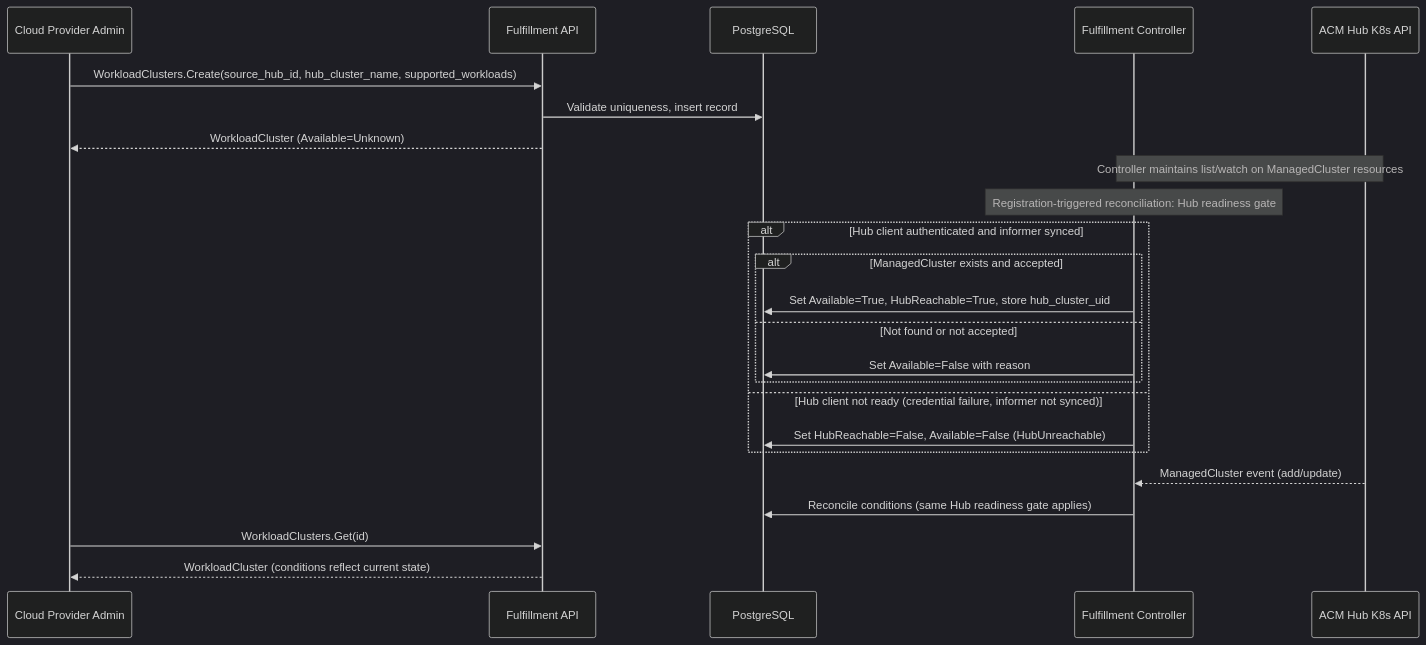
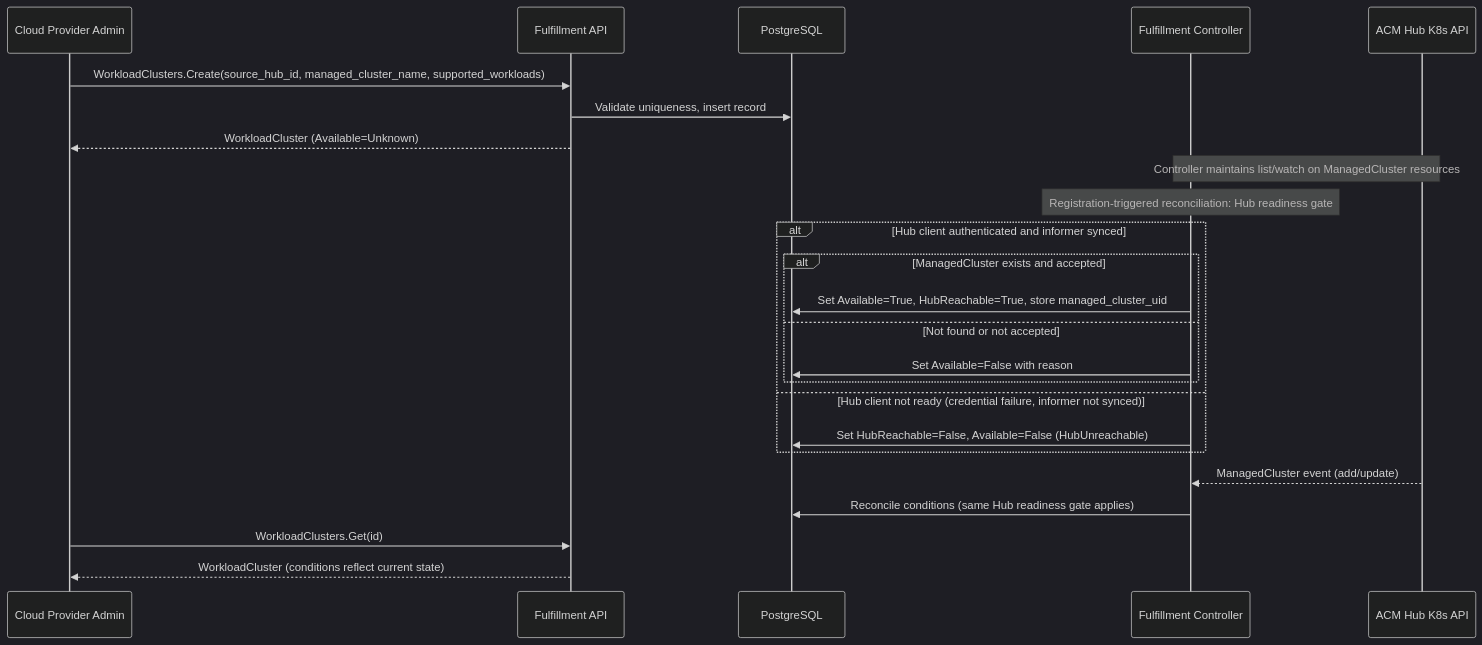
The diagram in 0.4/OSAC-6488-import-hub-registered-clusters-for-ai-workloads/design.md (DakCrowder/enhancement-proposals), drawn with Mermaid (dark theme) before and after one commit. The commit also changed other lines of this file, not shown here.

````diff
--- a/0.4/OSAC-6488-import-hub-registered-clusters-for-ai-workloads/design.md
+++ b/0.4/OSAC-6488-import-hub-registered-clusters-for-ai-workloads/design.md
@@ -153,29 +151,29 @@
 ```mermaid
 sequenceDiagram
     participant CPA as Cloud Provider Admin
     participant API as Fulfillment API
     participant DB as PostgreSQL
     participant Ctrl as Fulfillment Controller
     participant Hub as ACM Hub K8s API
 
-    CPA->>API: WorkloadClusters.Create(source_hub_id, hub_cluster_name, supported_workloads)
+    CPA->>API: WorkloadClusters.Create(source_hub_id, managed_cluster_name, supported_workloads)
     API->>DB: Validate uniqueness, insert record
     API-->>CPA: WorkloadCluster (Available=Unknown)
 
     Note over Ctrl,Hub: Controller maintains list/watch on ManagedCluster resources
     Note over Ctrl: Registration-triggered reconciliation: Hub readiness gate
     alt Hub client authenticated and informer synced
         alt ManagedCluster exists and accepted
-            Ctrl->>DB: Set Available=True, HubReachable=True, store hub_cluster_uid
+            Ctrl->>DB: Set Available=True, HubReachable=True, store managed_cluster_uid
         else Not found or not accepted
             Ctrl->>DB: Set Available=False with reason
         end
     else Hub client not ready (credential failure, informer not synced)
         Ctrl->>DB: Set HubReachable=False, Available=False (HubUnreachable)
     end
     Hub-->>Ctrl: ManagedCluster event (add/update)
     Ctrl->>DB: Reconcile conditions (same Hub readiness gate applies)
 
     CPA->>API: WorkloadClusters.Get(id)
     API-->>CPA: WorkloadCluster (conditions reflect current state)
 ```
````
